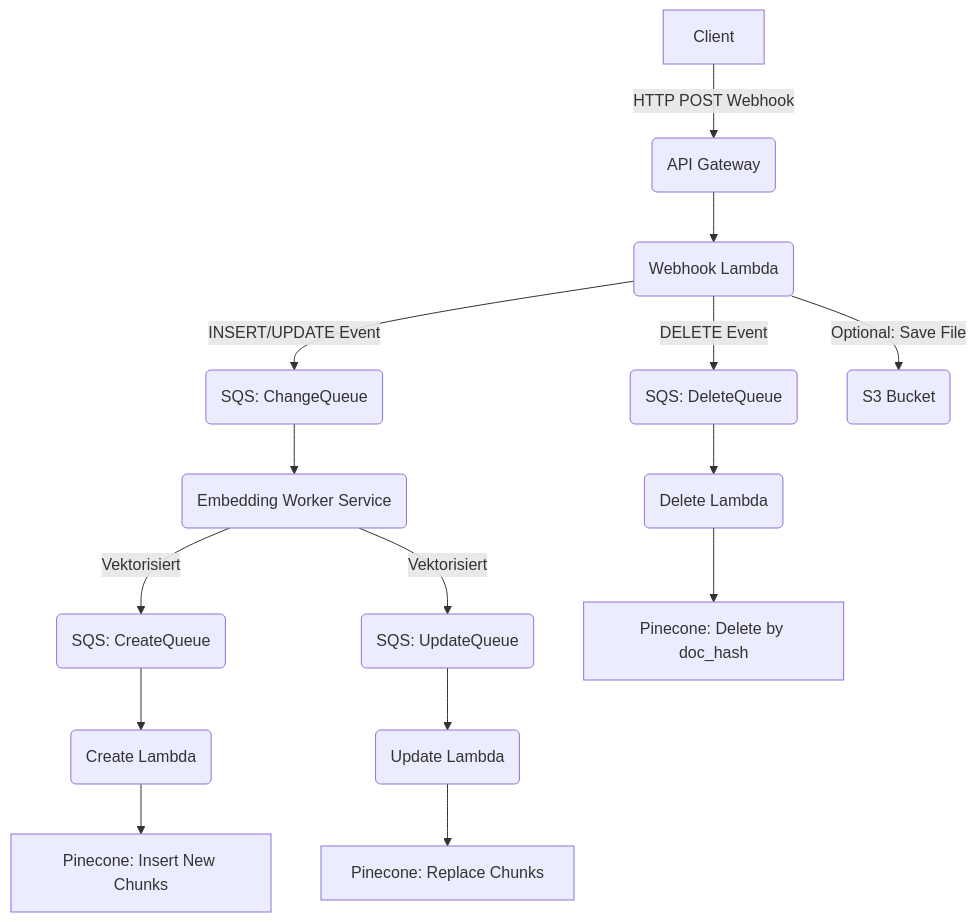
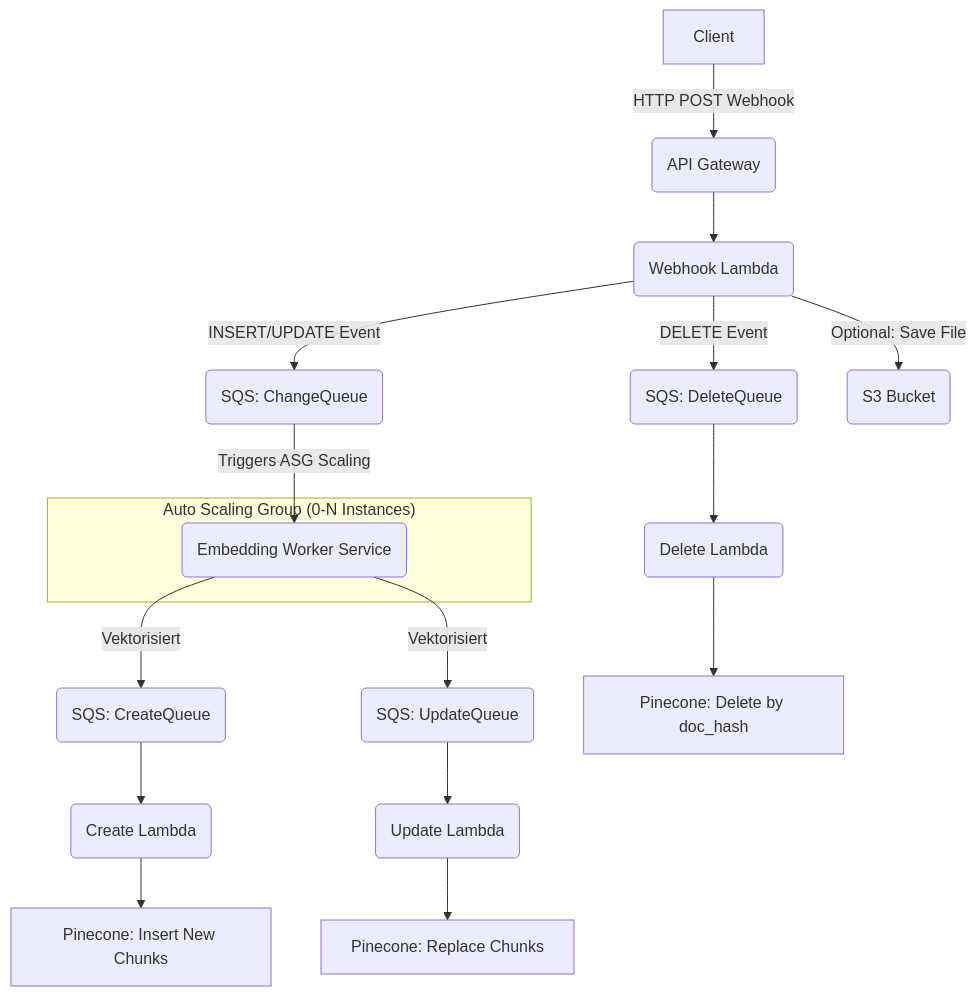
One commit to dyprodg/bloomweaver changed the diagram in README.md. Above: the diagram before and after it, drawn with Mermaid. The commit also changed other lines of this file, not shown here.

Commit message:
asg plan

````diff
--- a/README.md
+++ b/README.md
@@ -62,16 +65,21 @@
 ```mermaid
 flowchart TD
     Client["Client"] -- HTTP POST Webhook --> APIGateway("API Gateway")
     APIGateway --> WebhookLambda("Webhook Lambda")
     WebhookLambda -- DELETE Event --> SQSDeleteQueue("SQS: DeleteQueue")
     WebhookLambda -- INSERT/UPDATE Event --> SQSChangeQueue("SQS: ChangeQueue")
-    SQSChangeQueue --> EmbeddingWorker("Embedding Worker Service")
+    
+    subgraph "Auto Scaling Group (0-N Instances)"
+    EmbeddingWorker("Embedding Worker Service")
+    end
+    
+    SQSChangeQueue -- Triggers ASG Scaling --> EmbeddingWorker
     EmbeddingWorker -- Vektorisiert --> SQSCreateQueue("SQS: CreateQueue") & SQSUpdateQueue("SQS: UpdateQueue")
     SQSCreateQueue --> CreateLambda("Create Lambda")
     SQSUpdateQueue --> UpdateLambda("Update Lambda")
     SQSDeleteQueue --> DeleteLambda("Delete Lambda")
     CreateLambda --> PineconeCreate["Pinecone: Insert New Chunks"]
     UpdateLambda --> PineconeUpdate["Pinecone: Replace Chunks"]
     DeleteLambda --> PineconeDelete["Pinecone: Delete by doc_hash"]
     WebhookLambda -- Optional: Save File --> S3("S3 Bucket")
 ```
````
